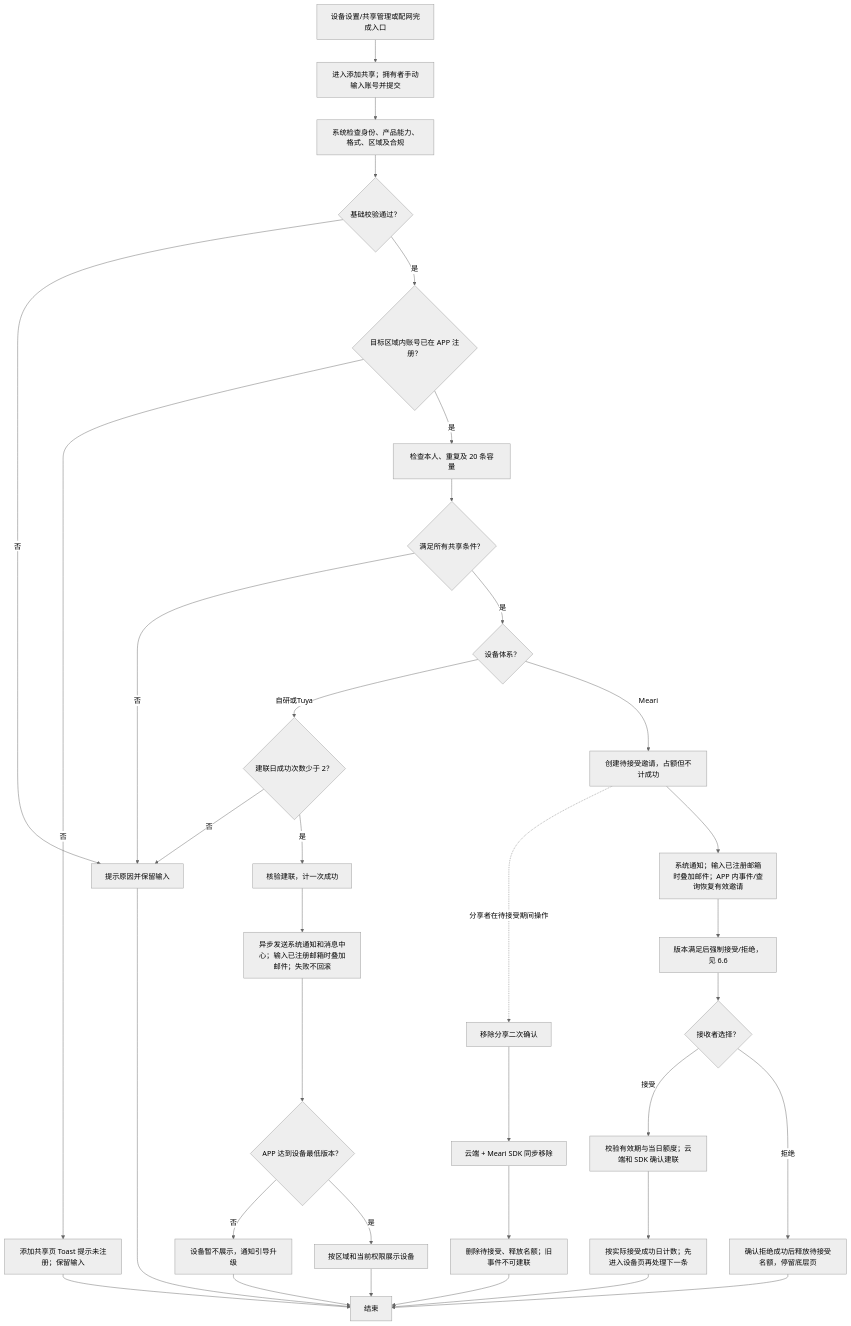
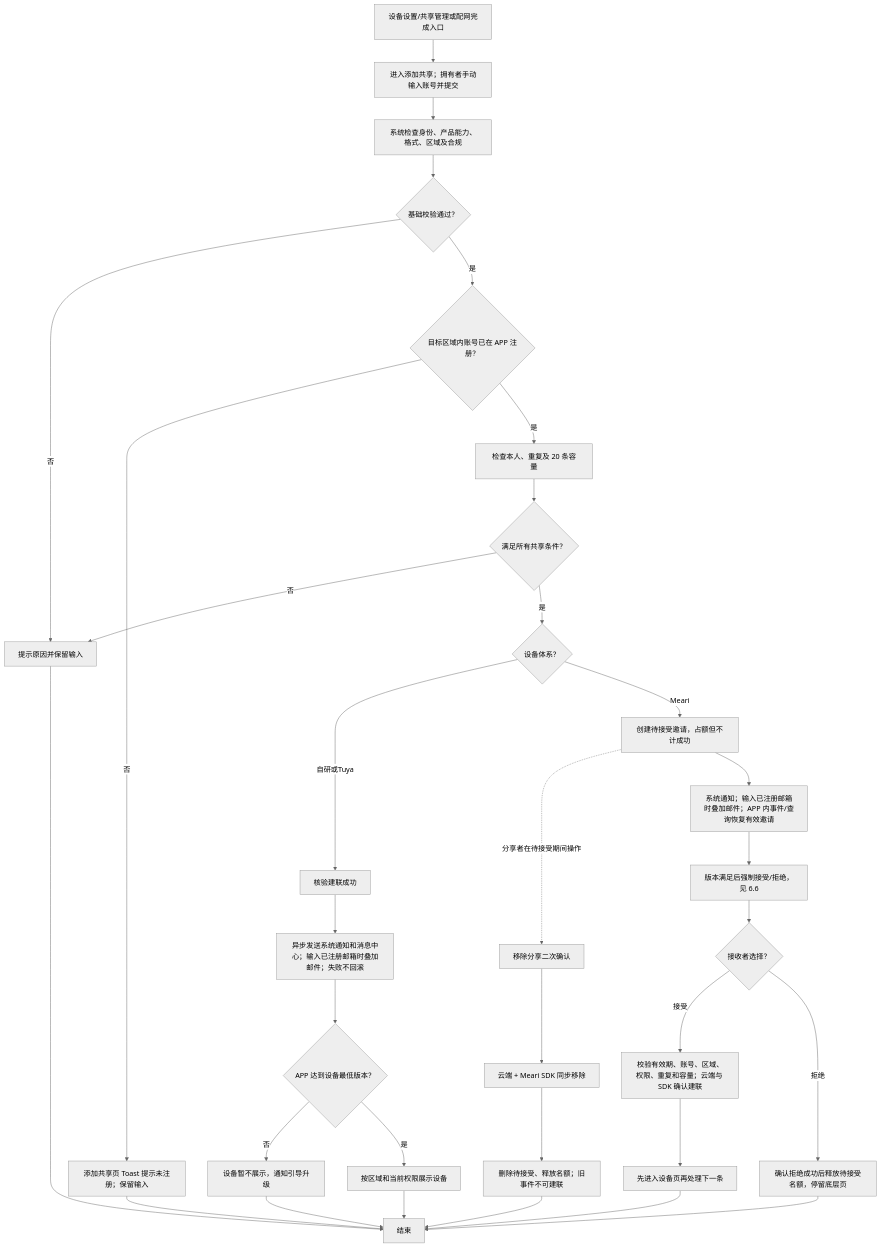
The second of 2 diagrams in prototypes/device-sharing-phase-2/prd.md (HawZZ/root-interactivable-prototype), drawn with Mermaid (neutral theme) before and after one commit. The commit also changed other lines of this file and 2 other files, not shown here.

````diff
--- a/prototypes/device-sharing-phase-2/prd.md
+++ b/prototypes/device-sharing-phase-2/prd.md
@@ -122,37 +122,35 @@
 ```mermaid
 flowchart TD
   A["设备设置/共享管理或配网完成入口"] --> B["进入添加共享；拥有者手动输入账号并提交"]
   B --> C["系统检查身份、产品能力、格式、区域及合规"]
   C --> D{"基础校验通过？"}
   D -- 否 --> X["提示原因并保留输入"]
   D -- 是 --> E{"目标区域内账号已在 APP 注册？"}
   E -- 否 --> F["添加共享页 Toast 提示未注册；保留输入"]
   E -- 是 --> G["检查本人、重复及 20 条容量"]
   G --> H{"满足所有共享条件？"}
   H -- 否 --> X
   H -- 是 --> V{"设备体系？"}
-  V -- 自研或Tuya --> DQ{"建联日成功次数少于 2？"}
-  DQ -- 否 --> X
-  DQ -- 是 --> I["核验建联，计一次成功"]
+  V -- 自研或Tuya --> I["核验建联成功"]
   V -- Meari --> P["创建待接受邀请，占额但不计成功"]
   P -. "分享者在待接受期间操作" .-> PR["移除分享二次确认"]
   PR --> PS["云端 + Meari SDK 同步移除"]
   PS --> PX["删除待接受、释放名额；旧事件不可建联"]
   PX --> Z
   P --> Q["系统通知；输入已注册邮箱时叠加邮件；APP 内事件/查询恢复有效邀请"]
   Q --> R["版本满足后强制接受/拒绝，见 6.6"]
   R --> T{"接收者选择？"}
-  T -- 接受 --> U["校验有效期与当日额度；云端和 SDK 确认建联"]
-  U --> N["按实际接受成功日计数；先进入设备页再处理下一条"]
+  T -- 接受 --> U["校验有效期、账号、区域、权限、重复和容量；云端与 SDK 确认建联"]
+  U --> N["先进入设备页再处理下一条"]
   N --> Z
   T -- 拒绝 --> W["确认拒绝成功后释放待接受名额，停留底层页"]
   W --> Z
   I --> J["异步发送系统通知和消息中心；输入已注册邮箱时叠加邮件；失败不回滚"]
   J --> K{"APP 达到设备最低版本？"}
   K -- 否 --> L["设备暂不展示，通知引导升级"]
   K -- 是 --> M["按区域和当前权限展示设备"]
   L --> Z["结束"]
   M --> Z
   X --> Z
   F --> Z
 ```
````
